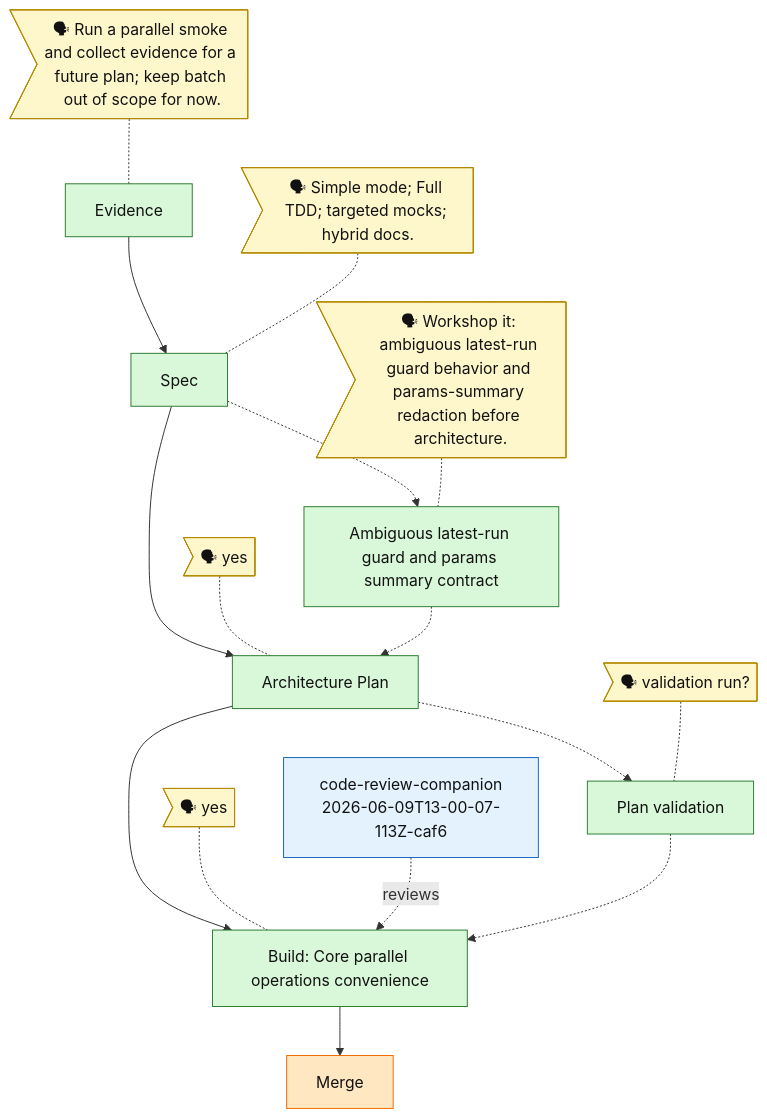
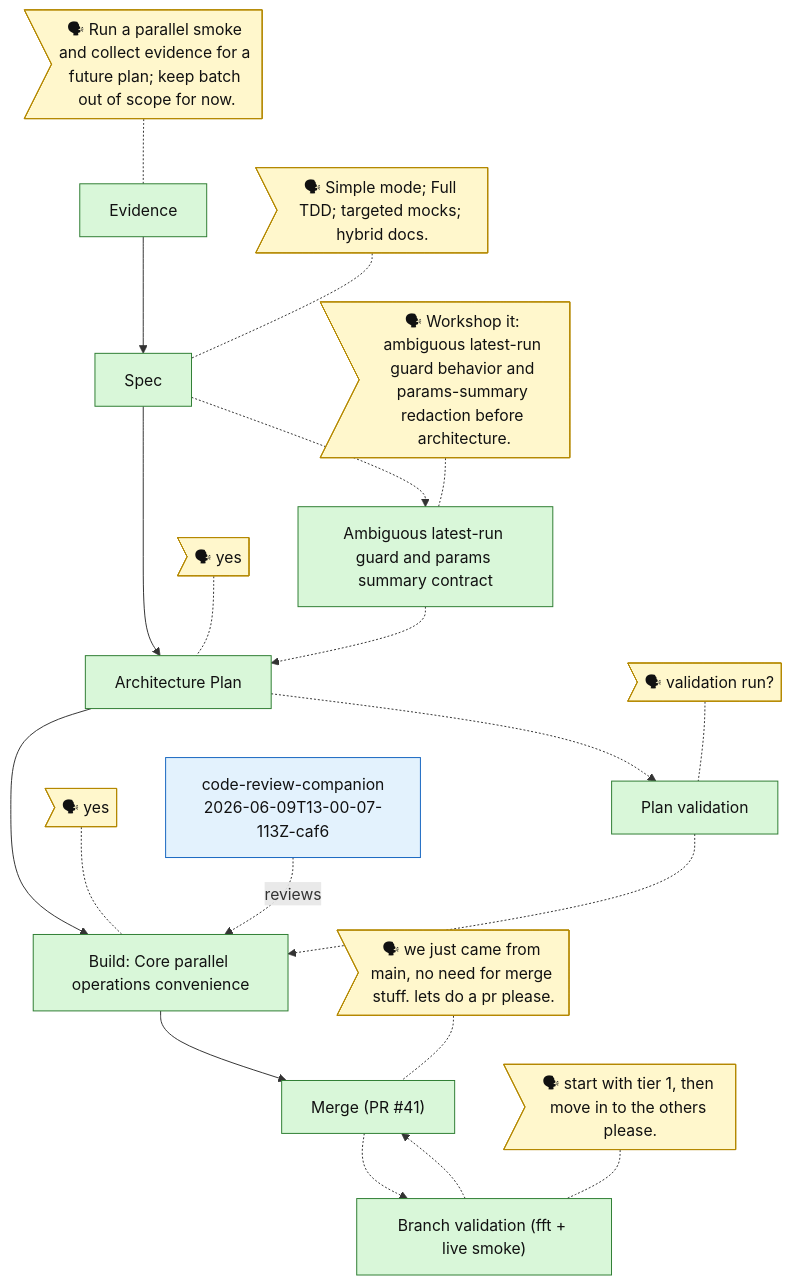
One commit to AI-Substrate/minih changed the diagram in docs/plans/023-parallel-param-smoke-parallel-operations/the-flow.md. Above: the diagram before and after it, drawn with Mermaid. The commit also changed 3 other files, not shown here.

First line of the commit message:
docs(023): close out flow state — merge via PR #41, branch validation recorded

````diff
--- a/docs/plans/023-parallel-param-smoke-parallel-operations/the-flow.md
+++ b/docs/plans/023-parallel-param-smoke-parallel-operations/the-flow.md
@@ -5,39 +5,46 @@
 ```mermaid
 flowchart TD
   classDef done fill:#d9f7d9,stroke:#2e7d32,color:#111
   classDef wip fill:#ffe7c2,stroke:#ef6c00,color:#111
   classDef blocked fill:#ffd6d6,stroke:#c62828,color:#111
   classDef known fill:#dde8f3,stroke:#546e7a,color:#111
   classDef assumed fill:#f5f5f5,stroke:#9e9e9e,stroke-dasharray: 5 5,color:#555
   classDef said fill:#fff7cc,stroke:#b58900,color:#111
   classDef companion fill:#e3f2fd,stroke:#1565c0,color:#111
 
   research["Evidence"]:::done
   spec["Spec"]:::done
   workshop_001["Ambiguous latest-run guard and params summary contract"]:::done
   plan["Architecture Plan"]:::done
   validation_001["Plan validation"]:::done
   build["Build: Core parallel operations convenience"]:::done
-  merge["Merge"]:::wip
+  validation_002["Branch validation (fft + live smoke)"]:::done
+  merge["Merge (PR #41)"]:::done
 
   said_research>"🗣 Run a parallel smoke and collect evidence for a future plan; keep batch out of scope for now."]:::said
   said_spec>"🗣 Simple mode; Full TDD; targeted mocks; hybrid docs."]:::said
   said_workshop_001>"🗣 Workshop it: ambiguous latest-run guard behavior and params-summary redaction before architecture."]:::said
   said_plan>"🗣 yes"]:::said
   said_validation_001>"🗣 validation run?"]:::said
   said_build>"🗣 yes"]:::said
+  said_validation_002>"🗣 start with tier 1, then move in to the others please."]:::said
+  said_merge>"🗣 we just came from main, no need for merge stuff. lets do a pr please."]:::said
   companion_code_review_companion["code-review-companion\n2026-06-09T13-00-07-113Z-caf6"]:::companion
   said_research -.- research
   said_spec -.- spec
   said_workshop_001 -.- workshop_001
   said_plan -.- plan
   said_validation_001 -.- validation_001
   said_build -.- build
+  said_validation_002 -.- validation_002
+  said_merge -.- merge
 
   research --> spec --> plan --> build --> merge
   spec -.-> workshop_001
   workshop_001 -.-> plan
   plan -.-> validation_001
   validation_001 -.-> build
+  merge -.-> validation_002
+  validation_002 -.-> merge
   companion_code_review_companion -. reviews .-> build
 ```
````
